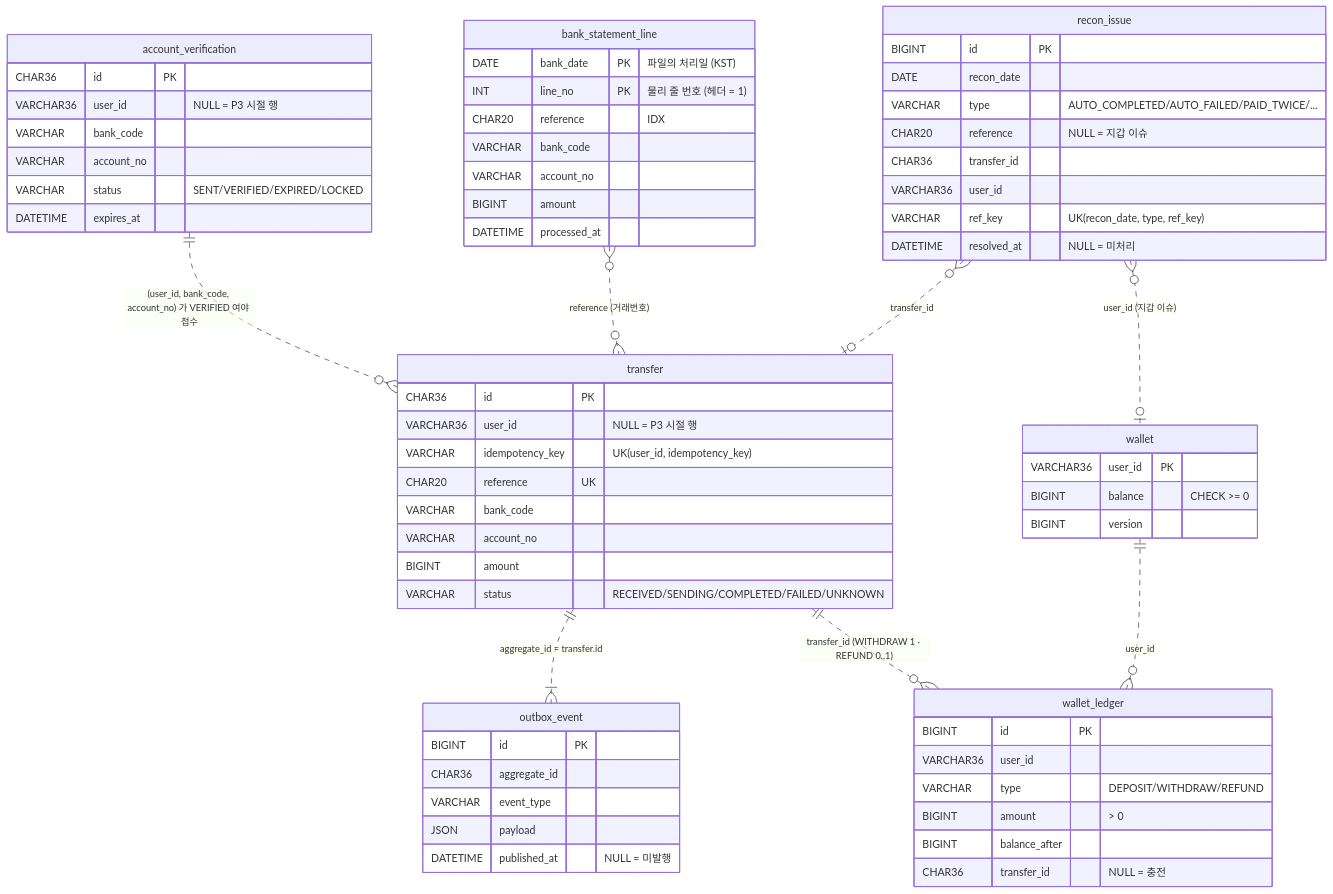
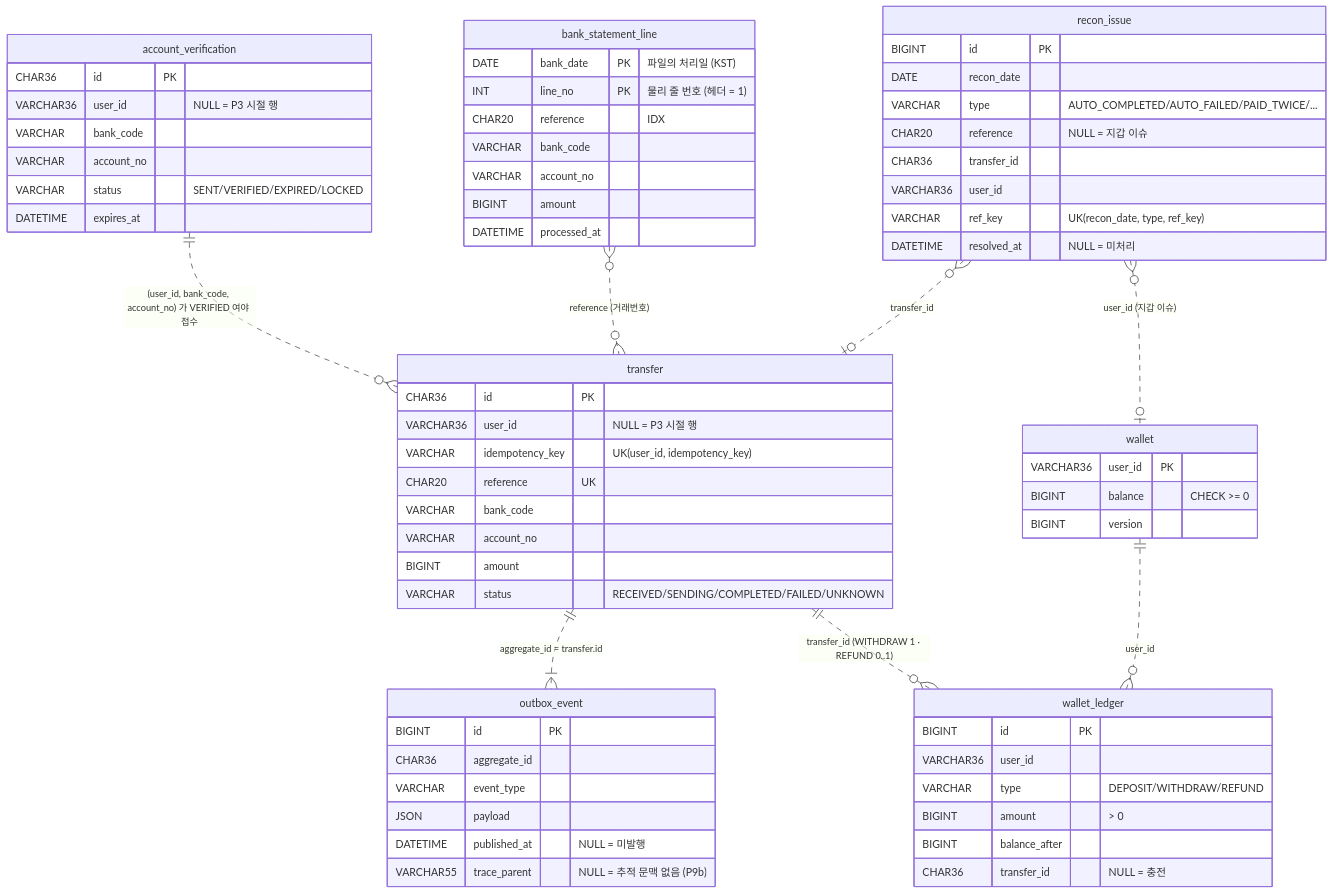
The diagram in docs/database.md (hyeokjinON/bank-transfer), drawn with Mermaid before and after one commit. The commit also changed other lines of this file and 13 other files, not shown here.

First line of the commit message:
docs(p9b): ADR-0021 (제안) · OPERATION §18 · 구성도 두 장(Tempo · 추적 지점) · README · ARCHITECTURE · HANDOVER · CHANGELOG · database V7 · infra/k8s README

````diff
--- a/docs/database.md
+++ b/docs/database.md
@@ -51,67 +51,68 @@
 ```mermaid
 erDiagram
     account_verification {
         CHAR36 id PK
         VARCHAR36 user_id "NULL = P3 시절 행"
         VARCHAR bank_code
         VARCHAR account_no
         VARCHAR status "SENT/VERIFIED/EXPIRED/LOCKED"
         DATETIME expires_at
     }
     transfer {
         CHAR36 id PK
         VARCHAR36 user_id "NULL = P3 시절 행"
         VARCHAR idempotency_key "UK(user_id, idempotency_key)"
         CHAR20 reference UK
         VARCHAR bank_code
         VARCHAR account_no
         BIGINT amount
         VARCHAR status "RECEIVED/SENDING/COMPLETED/FAILED/UNKNOWN"
     }
     outbox_event {
         BIGINT id PK
         CHAR36 aggregate_id
         VARCHAR event_type
         JSON payload
         DATETIME published_at "NULL = 미발행"
+        VARCHAR55 trace_parent "NULL = 추적 문맥 없음 (P9b)"
     }
     wallet {
         VARCHAR36 user_id PK
         BIGINT balance "CHECK >= 0"
         BIGINT version
     }
     wallet_ledger {
         BIGINT id PK
         VARCHAR36 user_id
         VARCHAR type "DEPOSIT/WITHDRAW/REFUND"
         BIGINT amount "> 0"
         BIGINT balance_after
         CHAR36 transfer_id "NULL = 충전"
     }
     bank_statement_line {
         DATE bank_date PK "파일의 처리일 (KST)"
         INT line_no PK "물리 줄 번호 (헤더 = 1)"
         CHAR20 reference "IDX"
         VARCHAR bank_code
         VARCHAR account_no
         BIGINT amount
         DATETIME processed_at
     }
     recon_issue {
         BIGINT id PK
         DATE recon_date
         VARCHAR type "AUTO_COMPLETED/AUTO_FAILED/PAID_TWICE/..."
         CHAR20 reference "NULL = 지갑 이슈"
         CHAR36 transfer_id
         VARCHAR36 user_id
         VARCHAR ref_key "UK(recon_date, type, ref_key)"
         DATETIME resolved_at "NULL = 미처리"
     }
     account_verification ||..o{ transfer : "(user_id, bank_code, account_no) 가 VERIFIED 여야 접수"
     transfer ||..|{ outbox_event : "aggregate_id = transfer.id"
     wallet ||..o{ wallet_ledger : "user_id"
     transfer ||..o{ wallet_ledger : "transfer_id (WITHDRAW 1 · REFUND 0..1)"
     recon_issue }o..o| transfer : "transfer_id"
     recon_issue }o..o| wallet : "user_id (지갑 이슈)"
     bank_statement_line }o..o{ transfer : "reference (거래번호)"
 ```
````
